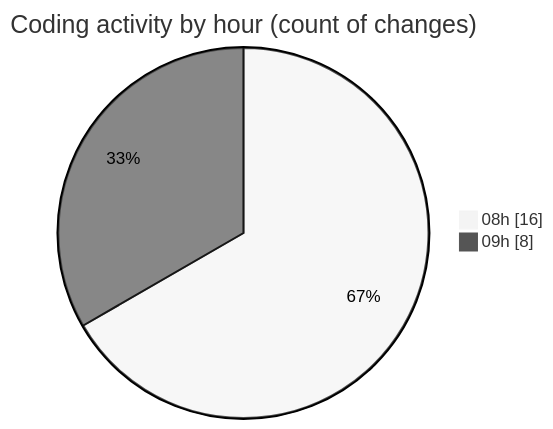
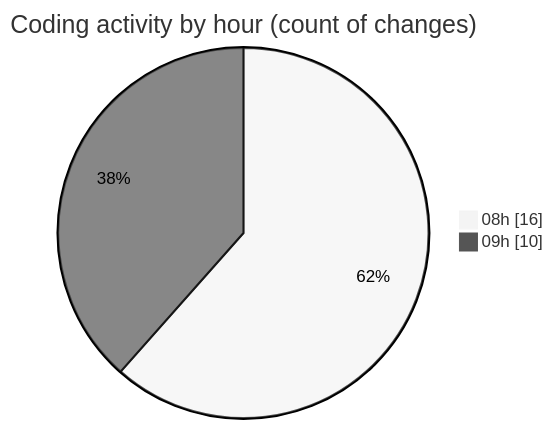
One commit to EIIisD/code-tracking changed the second of 2 diagrams in 2025-07-25/cutler/README.md. Above: the diagram before and after it, drawn with Mermaid (neutral theme). The commit also changed other lines of this file and 1 other file, not shown here.

````diff
--- a/2025-07-25/cutler/README.md
+++ b/2025-07-25/cutler/README.md
@@ -39,6 +39,6 @@
 ```mermaid
 pie showData
 title Coding activity by hour (count of changes)
 "08h" : 16
-"09h" : 8
+"09h" : 10
 ```
````
